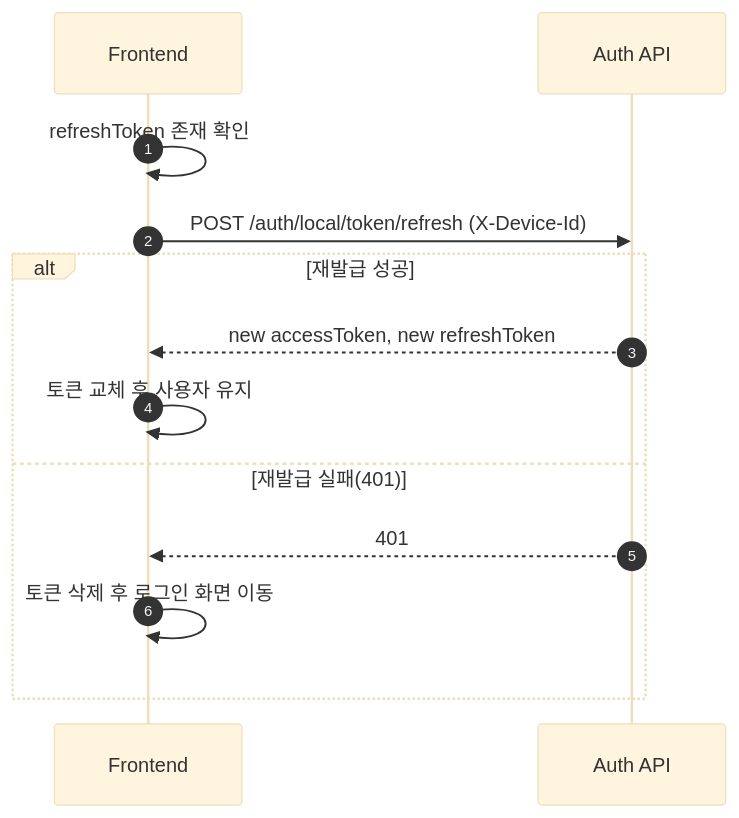
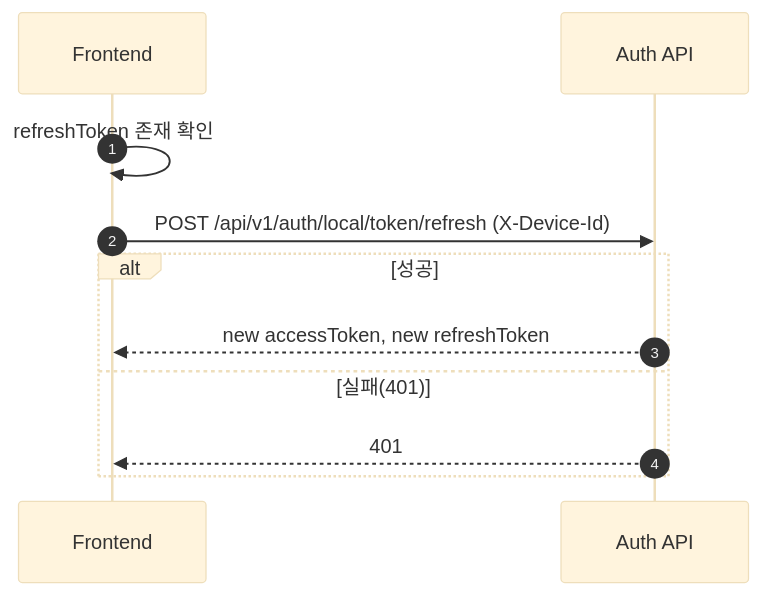
Before and after one commit to SooLee99/soo-auth-service: the second of 5 diagrams in docs/guides/README_FRONTEND_API.md, drawn with Mermaid (base theme). The commit also changed other lines of this file and 5 other files, not shown here.

````diff
--- a/docs/guides/README_FRONTEND_API.md
+++ b/docs/guides/README_FRONTEND_API.md
@@ -99,16 +79,14 @@
 ```mermaid
 sequenceDiagram
     autonumber
     participant FE as Frontend
     participant API as Auth API
 
     FE->>FE: refreshToken 존재 확인
-    FE->>API: POST /auth/local/token/refresh (X-Device-Id)
-    alt 재발급 성공
+    FE->>API: POST /api/v1/auth/local/token/refresh (X-Device-Id)
+    alt 성공
         API-->>FE: new accessToken, new refreshToken
-        FE->>FE: 토큰 교체 후 사용자 유지
-    else 재발급 실패(401)
+    else 실패(401)
         API-->>FE: 401
-        FE->>FE: 토큰 삭제 후 로그인 화면 이동
     end
 ```
````
